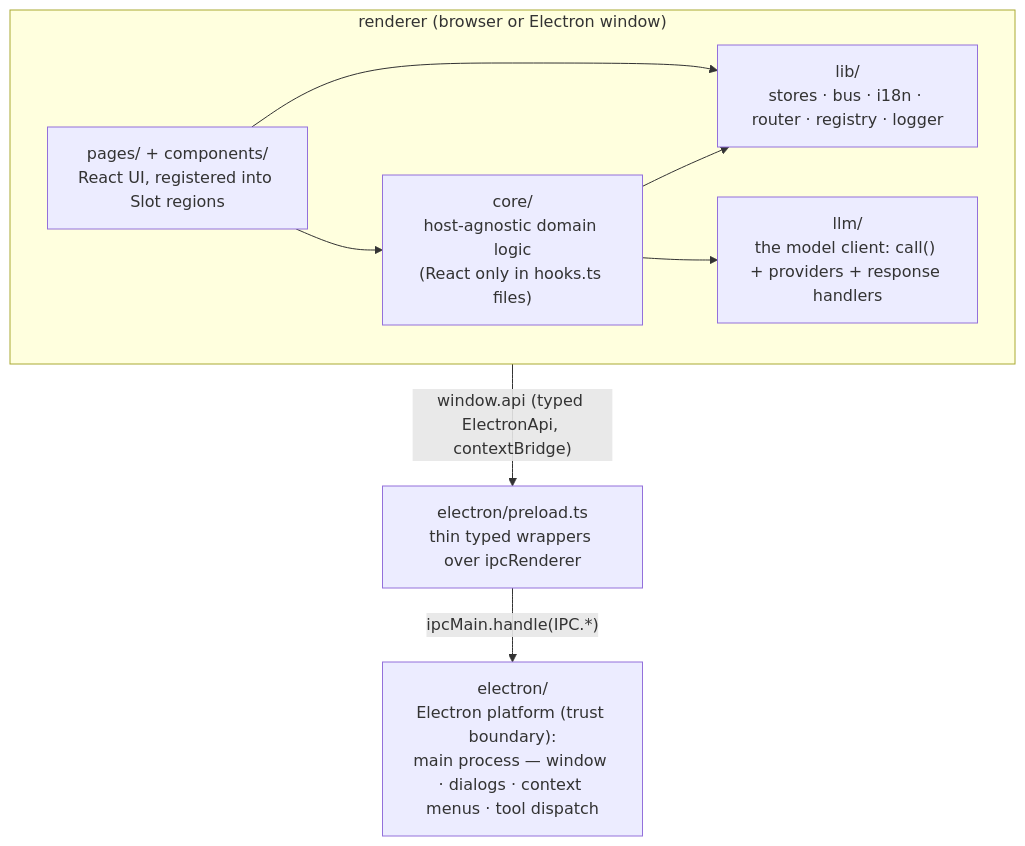
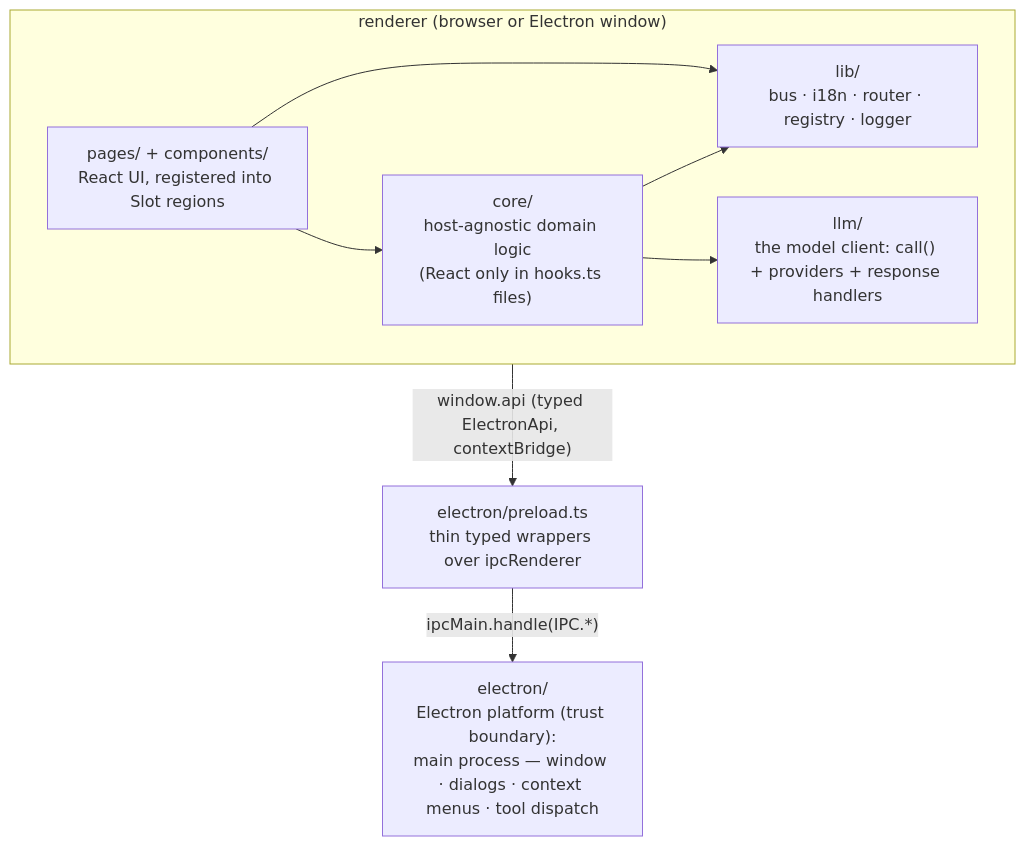
One commit to bilikaz/v84-harness changed the diagram in docs/ARCHITECTURE.md. Above: the diagram before and after it, drawn with Mermaid. The commit also changed other lines of this file and 101 other files, not shown here.

````diff
--- a/docs/ARCHITECTURE.md
+++ b/docs/ARCHITECTURE.md
@@ -25,17 +32,17 @@
 ```mermaid
 flowchart TD
     subgraph renderer["renderer (browser or Electron window)"]
         ui["pages/ + components/<br/>React UI, registered into Slot regions"]
-        lib["lib/<br/>stores · bus · i18n · router · registry · logger"]
+        lib["lib/<br/>bus · i18n · router · registry · logger"]
         core["core/<br/>host-agnostic domain logic<br/>(React only in hooks.ts files)"]
         llm["llm/<br/>the model client: call() + providers + response handlers"]
         ui --> lib
         ui --> core
         core --> lib
         core --> llm
     end
     preload["electron/preload.ts<br/>thin typed wrappers over ipcRenderer"]
     electron["electron/<br/>Electron platform (trust boundary):<br/>main process — window · dialogs · context menus · tool dispatch"]
     renderer -->|"window.api (typed ElectronApi, contextBridge)"| preload
     preload -->|"ipcMain.handle(IPC.*)"| electron
 ```
````
